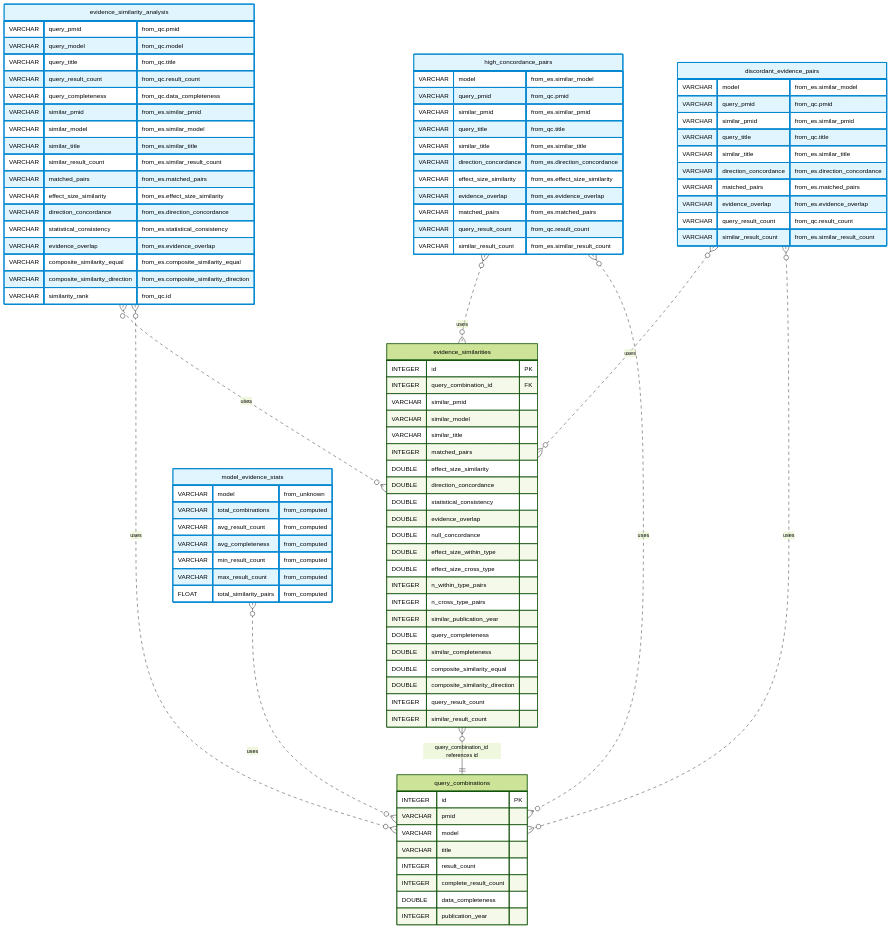
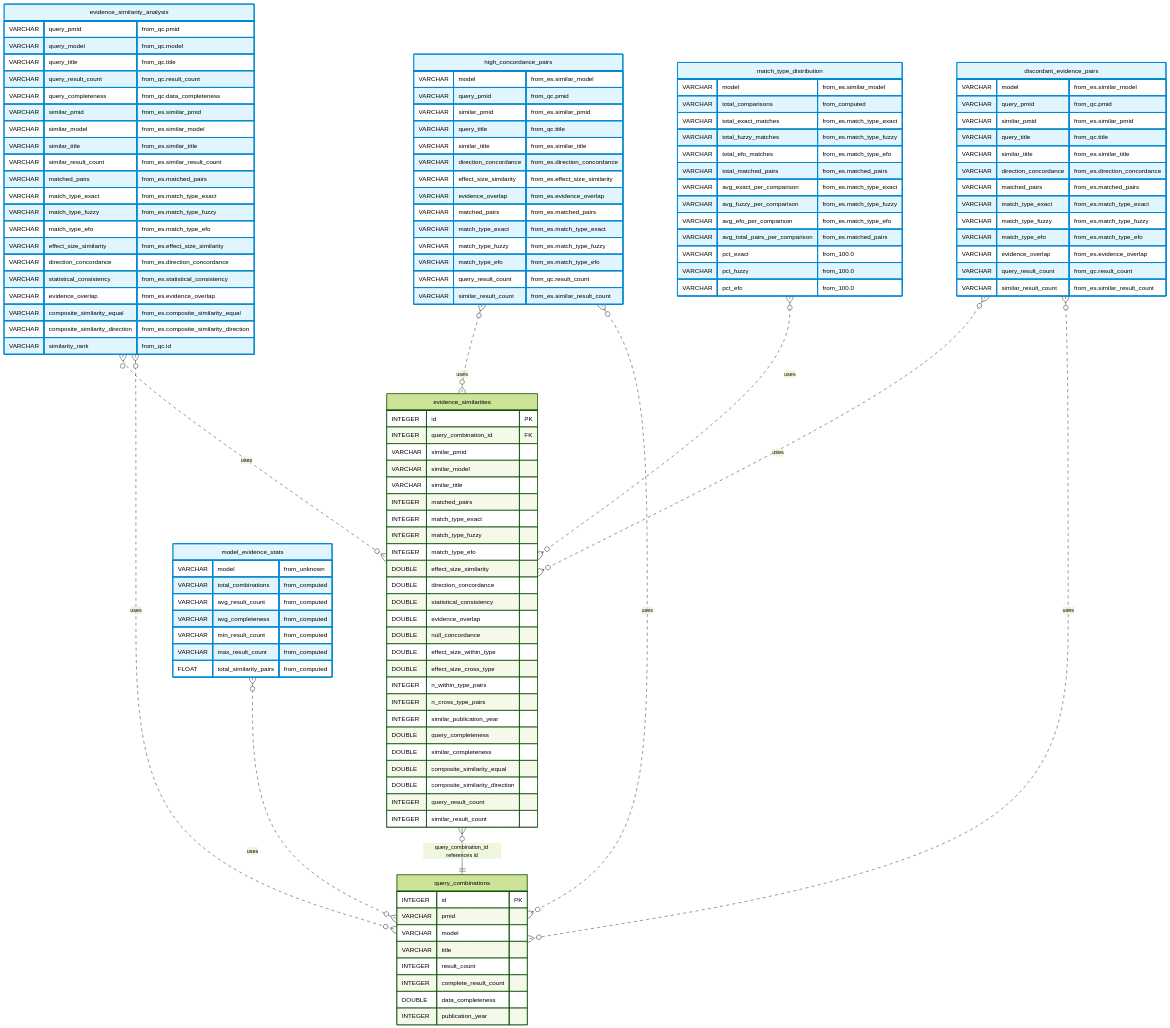
Before and after one commit to MRCIEU/mr-kg: the third of 3 diagrams in docs/processing/db-schema.md, drawn with Mermaid (forest theme). The commit also changed other lines of this file and 1 other file, not shown here.

````diff
--- a/docs/processing/db-schema.md
+++ b/docs/processing/db-schema.md
@@ -581,6 +581,9 @@
         VARCHAR similar_model
         VARCHAR similar_title
         INTEGER matched_pairs
+        INTEGER match_type_exact
+        INTEGER match_type_fuzzy
+        INTEGER match_type_efo
         DOUBLE effect_size_similarity
         DOUBLE direction_concordance
         DOUBLE statistical_consistency
@@ -609,6 +612,9 @@
         VARCHAR similar_title "from_es.similar_title"
         VARCHAR similar_result_count "from_es.similar_result_count"
         VARCHAR matched_pairs "from_es.matched_pairs"
+        VARCHAR match_type_exact "from_es.match_type_exact"
+        VARCHAR match_type_fuzzy "from_es.match_type_fuzzy"
+        VARCHAR match_type_efo "from_es.match_type_efo"
         VARCHAR effect_size_similarity "from_es.effect_size_similarity"
         VARCHAR direction_concordance "from_es.direction_concordance"
         VARCHAR statistical_consistency "from_es.statistical_consistency"
@@ -636,6 +642,9 @@
         VARCHAR effect_size_similarity "from_es.effect_size_similarity"
         VARCHAR evidence_overlap "from_es.evidence_overlap"
         VARCHAR matched_pairs "from_es.matched_pairs"
+        VARCHAR match_type_exact "from_es.match_type_exact"
+        VARCHAR match_type_fuzzy "from_es.match_type_fuzzy"
+        VARCHAR match_type_efo "from_es.match_type_efo"
         VARCHAR query_result_count "from_qc.result_count"
         VARCHAR similar_result_count "from_es.similar_result_count"
     }
@@ -647,9 +656,27 @@
         VARCHAR similar_title "from_es.similar_title"
         VARCHAR direction_concordance "from_es.direction_concordance"
         VARCHAR matched_pairs "from_es.matched_pairs"
+        VARCHAR match_type_exact "from_es.match_type_exact"
+        VARCHAR match_type_fuzzy "from_es.match_type_fuzzy"
+        VARCHAR match_type_efo "from_es.match_type_efo"
         VARCHAR evidence_overlap "from_es.evidence_overlap"
         VARCHAR query_result_count "from_qc.result_count"
         VARCHAR similar_result_count "from_es.similar_result_count"
+    }
+    match_type_distribution {
+        VARCHAR model "from_es.similar_model"
+        VARCHAR total_comparisons "from_computed"
+        VARCHAR total_exact_matches "from_es.match_type_exact"
+        VARCHAR total_fuzzy_matches "from_es.match_type_fuzzy"
+        VARCHAR total_efo_matches "from_es.match_type_efo"
+        VARCHAR total_matched_pairs "from_es.matched_pairs"
+        VARCHAR avg_exact_per_comparison "from_es.match_type_exact"
+        VARCHAR avg_fuzzy_per_comparison "from_es.match_type_fuzzy"
+        VARCHAR avg_efo_per_comparison "from_es.match_type_efo"
+        VARCHAR avg_total_pairs_per_comparison "from_es.matched_pairs"
+        VARCHAR pct_exact "from_100.0"
+        VARCHAR pct_fuzzy "from_100.0"
+        VARCHAR pct_efo "from_100.0"
     }
     evidence_similarities }o--|| query_combinations : "query_combination_id references id"
     evidence_similarity_analysis }o..o{ evidence_similarities : "uses"
@@ -659,10 +686,12 @@
     high_concordance_pairs }o..o{ query_combinations : "uses"
     discordant_evidence_pairs }o..o{ evidence_similarities : "uses"
     discordant_evidence_pairs }o..o{ query_combinations : "uses"
+    match_type_distribution }o..o{ evidence_similarities : "uses"
 
     %% Styling
     style evidence_similarity_analysis fill:#e1f5ff,stroke:#0288d1,stroke-width:2px
     style model_evidence_stats fill:#e1f5ff,stroke:#0288d1,stroke-width:2px
     style high_concordance_pairs fill:#e1f5ff,stroke:#0288d1,stroke-width:2px
     style discordant_evidence_pairs fill:#e1f5ff,stroke:#0288d1,stroke-width:2px
+    style match_type_distribution fill:#e1f5ff,stroke:#0288d1,stroke-width:2px
 ```
````
